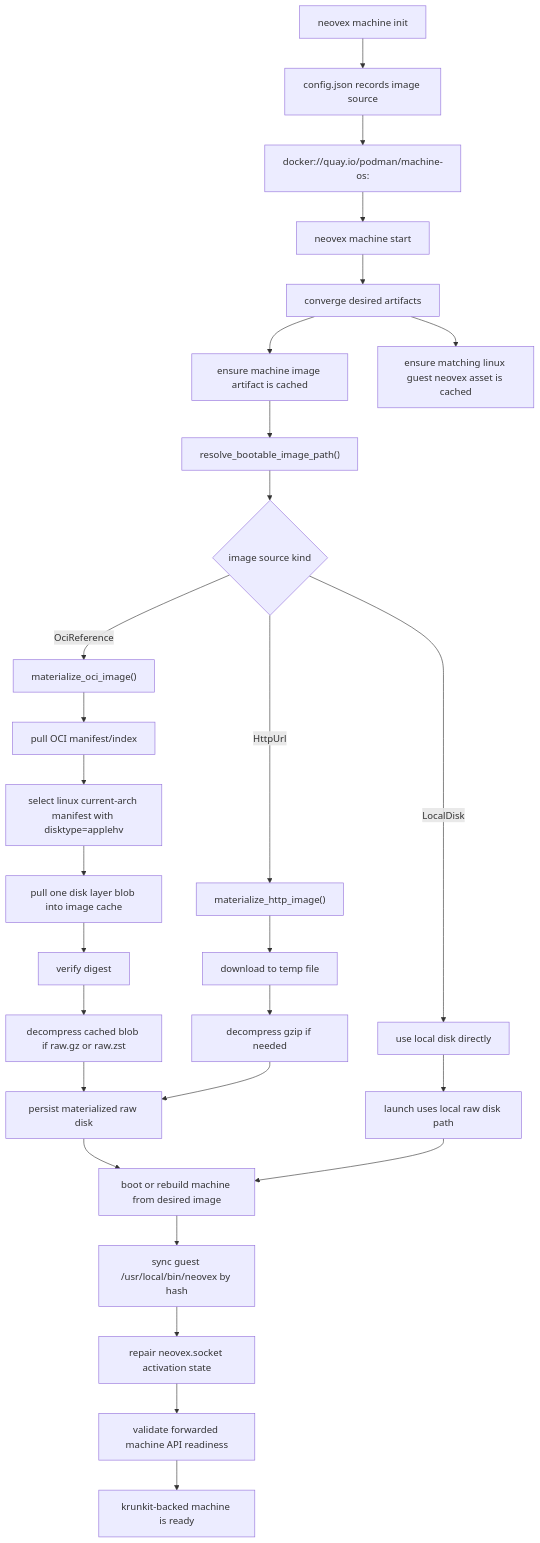
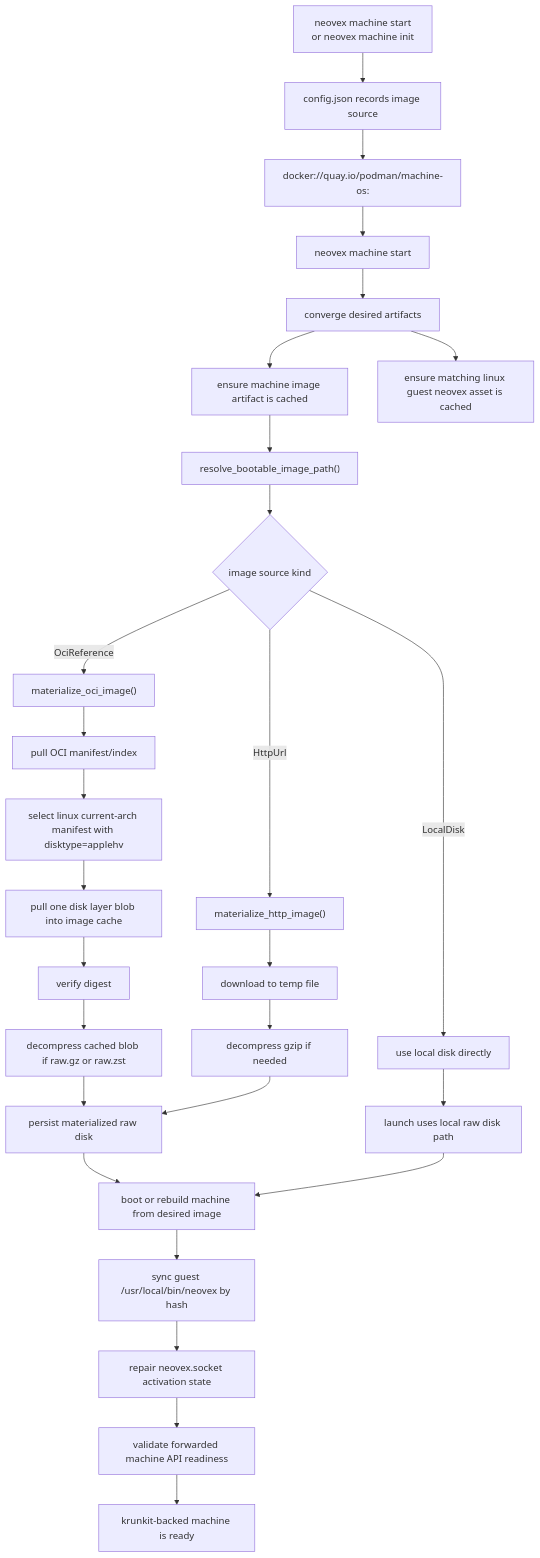
The third of 6 diagrams in docs/reference/macos-machine-flow.md (nimbus/nimbus), drawn with Mermaid before and after one commit. The commit also changed other lines of this file and 28 other files, not shown here.

````diff
--- a/docs/reference/macos-machine-flow.md
+++ b/docs/reference/macos-machine-flow.md
@@ -163,33 +164,33 @@
 ```mermaid
 flowchart TD
-    A["neovex machine init"] --> B["config.json records image source"]
+    A["neovex machine start<br/>or neovex machine init"] --> B["config.json records image source"]
     B --> C["docker://quay.io/podman/machine-os:<pinned-ref-or-digest>"]
     C --> D["neovex machine start"]
     D --> E["converge desired artifacts"]
     E --> F["ensure machine image artifact is cached"]
     E --> G["ensure matching linux guest neovex asset is cached"]
     F --> H["resolve_bootable_image_path()"]
     H --> I{"image source kind"}
     I -->|OciReference| J["materialize_oci_image()"]
     I -->|HttpUrl| K["materialize_http_image()"]
     I -->|LocalDisk| L["use local disk directly"]
 
     J --> M["pull OCI manifest/index"]
     M --> N["select linux current-arch manifest with disktype=applehv"]
     N --> O["pull one disk layer blob into image cache"]
     O --> P["verify digest"]
     P --> Q["decompress cached blob if raw.gz or raw.zst"]
     Q --> R["persist materialized raw disk"]
 
     K --> S["download to temp file"]
     S --> T["decompress gzip if needed"]
     T --> R
 
     L --> U["launch uses local raw disk path"]
     R --> V["boot or rebuild machine from desired image"]
     U --> V
     V --> W["sync guest /usr/local/bin/neovex by hash"]
     W --> X["repair neovex.socket activation state"]
     X --> Y["validate forwarded machine API readiness"]
     Y --> Z["krunkit-backed machine is ready"]
 ```
````
